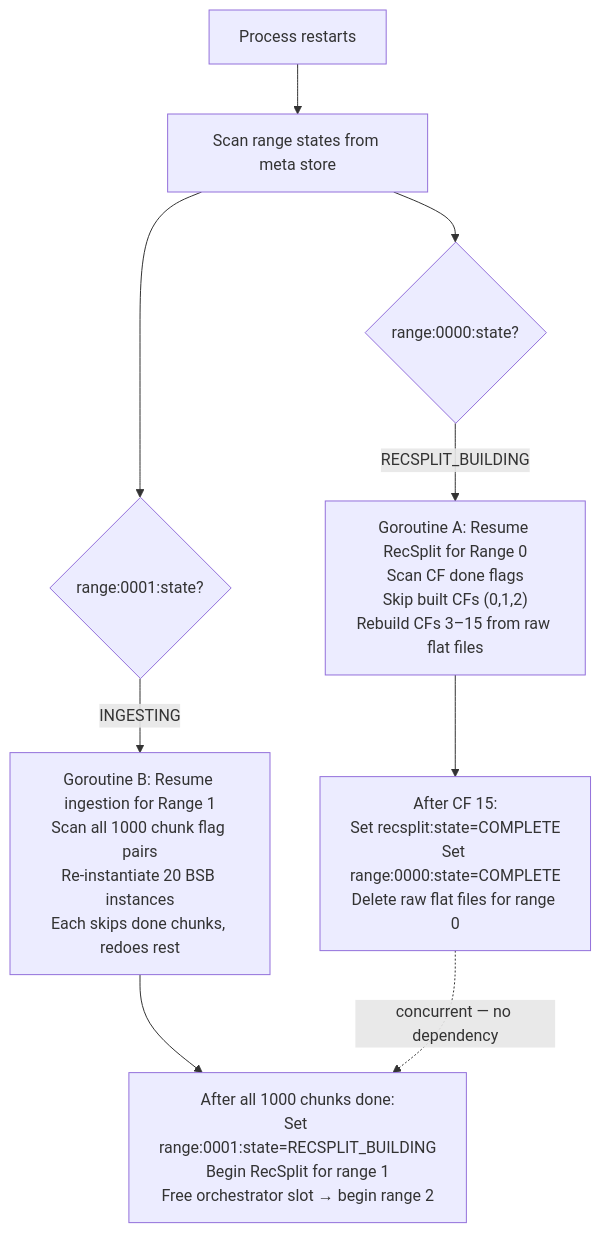
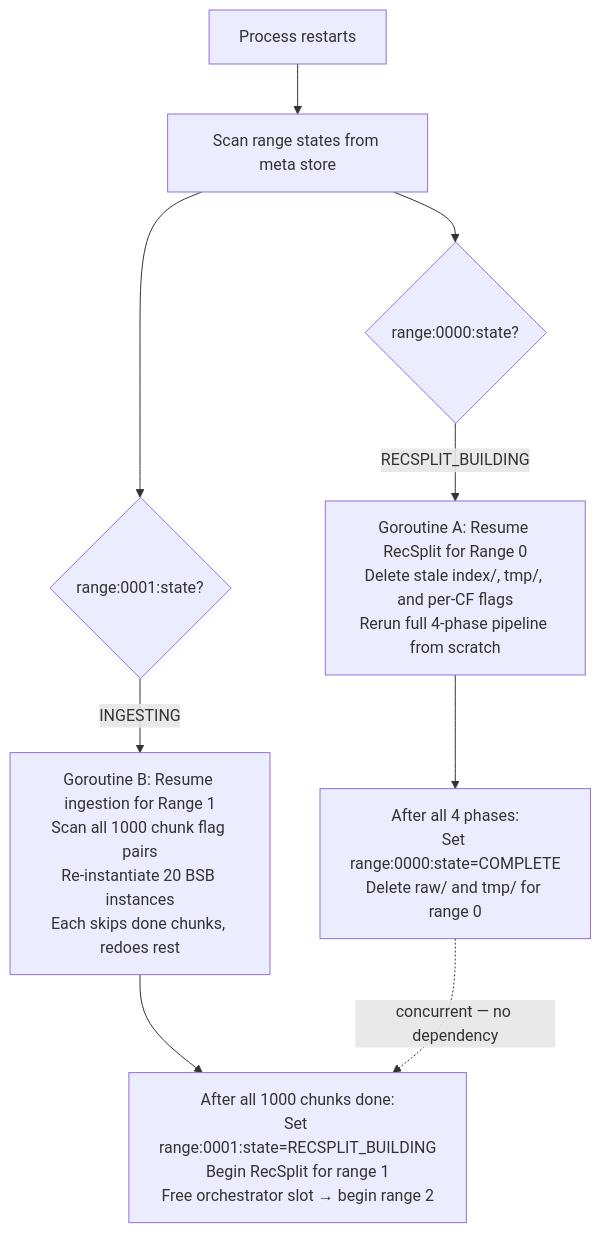
One commit to stellar/stellar-rpc changed the second of 4 diagrams in full-history/design-docs/07-crash-recovery.md. Above: the diagram before and after it, drawn with Mermaid. The commit also changed other lines of this file and 6 other files, not shown here.

First line of the commit message:
Update design docs for 4-phase RecSplit pipeline and per-CF bookkeeping

````diff
--- a/full-history/design-docs/07-crash-recovery.md
+++ b/full-history/design-docs/07-crash-recovery.md
@@ -559,11 +549,11 @@
 ```mermaid
 flowchart TD
     START["Process restarts"] --> SCAN["Scan range states from meta store"]
     SCAN --> R0{"range:0000:state?"}
     SCAN --> R1{"range:0001:state?"}
-    R0 -->|RECSPLIT_BUILDING| RS["Goroutine A: Resume RecSplit for Range 0<br/>Scan CF done flags<br/>Skip built CFs (0,1,2)<br/>Rebuild CFs 3–15 from raw flat files"]
+    R0 -->|RECSPLIT_BUILDING| RS["Goroutine A: Resume RecSplit for Range 0<br/>Delete stale index/, tmp/, and per-CF flags<br/>Rerun full 4-phase pipeline from scratch"]
     R1 -->|INGESTING| ING["Goroutine B: Resume ingestion for Range 1<br/>Scan all 1000 chunk flag pairs<br/>Re-instantiate 20 BSB instances<br/>Each skips done chunks, redoes rest"]
-    RS --> RS2["After CF 15:<br/>Set recsplit:state=COMPLETE<br/>Set range:0000:state=COMPLETE<br/>Delete raw flat files for range 0"]
+    RS --> RS2["After all 4 phases:<br/>Set range:0000:state=COMPLETE<br/>Delete raw/ and tmp/ for range 0"]
     ING --> ING2["After all 1000 chunks done:<br/>Set range:0001:state=RECSPLIT_BUILDING<br/>Begin RecSplit for range 1<br/>Free orchestrator slot → begin range 2"]
     RS2 -.->|"concurrent — no dependency"| ING2
 ```
````
